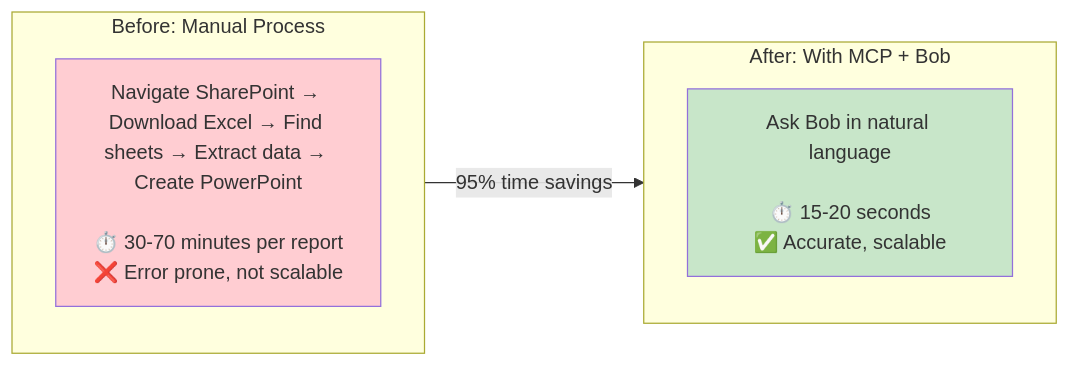
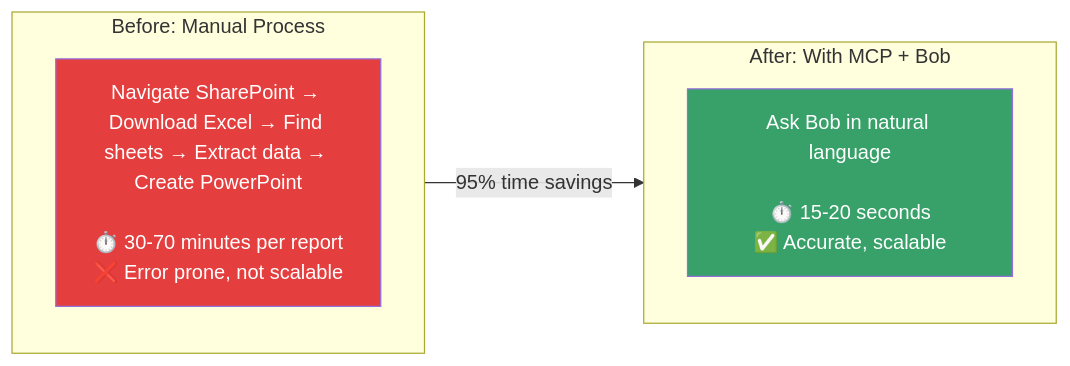
One commit to sKumaraguru/apptio-bobathon-2026-finbob-mcp-server changed the second of 6 diagrams in README.md. Above: the diagram before and after it, drawn with Mermaid. The commit also changed other lines of this file, not shown here.

Commit message:
docs: Update color scheme of the diagrams in README

````diff
--- a/README.md
+++ b/README.md
@@ -29,15 +29,15 @@
 ```mermaid
 graph LR
     subgraph BEFORE[" Before: Manual Process "]
         B[Navigate SharePoint → Download Excel → Find sheets → Extract data → Create PowerPoint<br/><br/>⏱️ 30-70 minutes per report<br/>❌ Error prone, not scalable]
     end
 
     subgraph AFTER[" After: With MCP + Bob "]
         A[Ask Bob in natural language<br/><br/>⏱️ 15-20 seconds<br/>✅ Accurate, scalable]
     end
 
     BEFORE -->|95% time savings| AFTER
 
-    style B fill:#ffcdd2
-    style A fill:#c8e6c9
+    style B fill:#e53e3e,color:#fff
+    style A fill:#38a169,color:#fff
 ```
````
